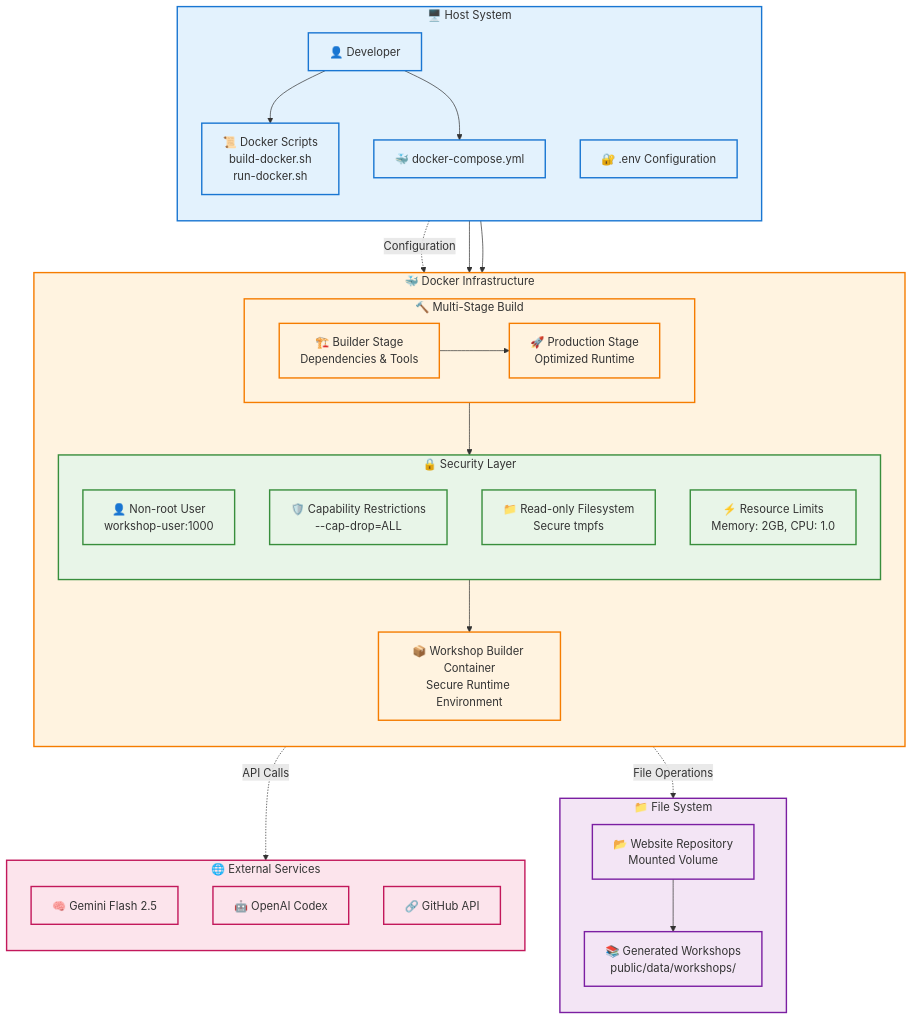
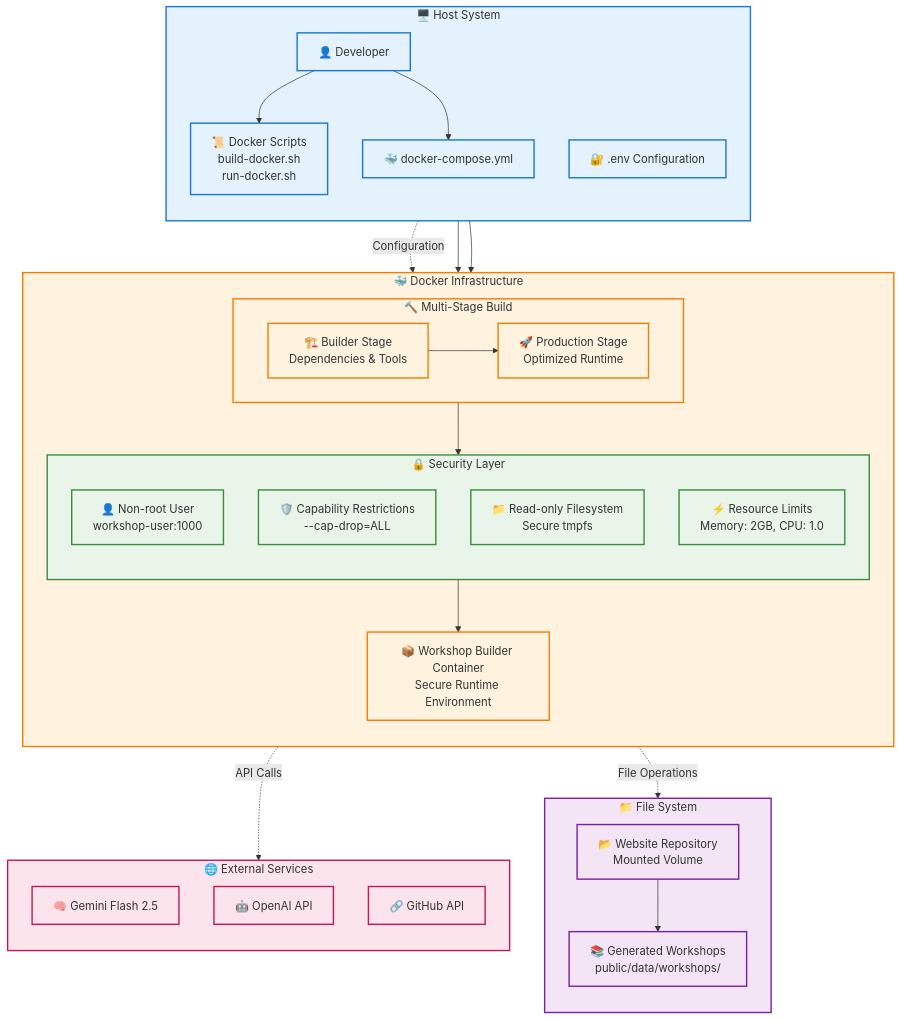
One commit to TheDreamLabUK/website changed the diagram in workshop-builder/docs/02_installation_setup.md. Above: the diagram before and after it, drawn with Mermaid. The commit also changed other lines of this file and 20 other files, not shown here.

````diff
--- a/workshop-builder/docs/02_installation_setup.md
+++ b/workshop-builder/docs/02_installation_setup.md
@@ -9,78 +9,78 @@
 ```mermaid
 graph TB
     %% Host System
     subgraph HOST [🖥️ Host System]
         direction TB
         USER[👤 Developer]
         SCRIPTS[📜 Docker Scripts<br/>build-docker.sh<br/>run-docker.sh]
         COMPOSE[🐳 docker-compose.yml]
         ENV[🔐 .env Configuration]
     end
     
     %% Docker Infrastructure
     subgraph DOCKER [🐳 Docker Infrastructure]
         direction TB
         
         %% Build Process
         subgraph BUILD [🔨 Multi-Stage Build]
             direction LR
             BUILDER[🏗️ Builder Stage<br/>Dependencies & Tools]
             PROD[🚀 Production Stage<br/>Optimized Runtime]
             BUILDER --> PROD
         end
         
         %% Security Layer
         subgraph SECURITY [🔒 Security Layer]
             direction TB
             NONROOT[👤 Non-root User<br/>workshop-user:1000]
             CAPS[🛡️ Capability Restrictions<br/>--cap-drop=ALL]
             READONLY[📁 Read-only Filesystem<br/>Secure tmpfs]
             LIMITS[⚡ Resource Limits<br/>Memory: 2GB, CPU: 1.0]
         end
         
         %% Runtime Container
         CONTAINER[📦 Workshop Builder Container<br/>Secure Runtime Environment]
     end
     
     %% External Services
     subgraph EXTERNAL [🌐 External Services]
         direction TB
         GEMINI[🧠 Gemini Flash 2.5]
-        CODEX[🤖 OpenAI Codex]
+        OPENAI[🤖 OpenAI API]
         GITHUB[🔗 GitHub API]
     end
     
     %% File System
     subgraph FILESYSTEM [📁 File System]
         direction TB
         WEBSITE[📂 Website Repository<br/>Mounted Volume]
         WORKSHOPS[📚 Generated Workshops<br/>public/data/workshops/]
         WEBSITE --> WORKSHOPS
     end
     
     %% Flow Connections
     USER --> SCRIPTS
     USER --> COMPOSE
     SCRIPTS --> BUILD
     COMPOSE --> BUILD
     ENV -.->|Configuration| CONTAINER
     
     BUILD --> SECURITY
     SECURITY --> CONTAINER
     
     CONTAINER -.->|API Calls| EXTERNAL
     CONTAINER -.->|File Operations| FILESYSTEM
     
     %% Styling
     classDef host fill:#e3f2fd,stroke:#1976d2,stroke-width:2px
     classDef docker fill:#fff3e0,stroke:#f57c00,stroke-width:2px
     classDef security fill:#e8f5e8,stroke:#388e3c,stroke-width:2px
     classDef external fill:#fce4ec,stroke:#c2185b,stroke-width:2px
     classDef filesystem fill:#f3e5f5,stroke:#7b1fa2,stroke-width:2px
     
     class HOST,USER,SCRIPTS,COMPOSE,ENV host
     class DOCKER,BUILD,BUILDER,PROD,CONTAINER docker
     class SECURITY,NONROOT,CAPS,READONLY,LIMITS security
-    class EXTERNAL,GEMINI,CODEX,GITHUB external
+    class EXTERNAL,GEMINI,OPENAI,GITHUB external
     class FILESYSTEM,WEBSITE,WORKSHOPS filesystem
 ```
````
